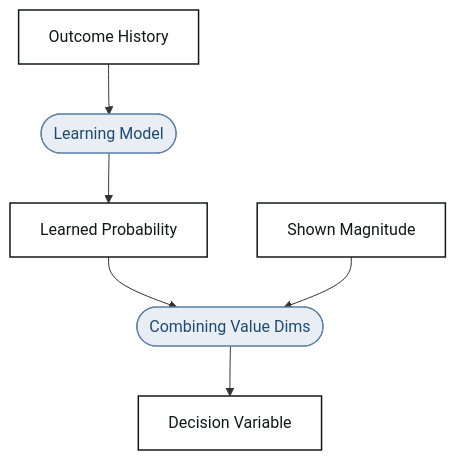
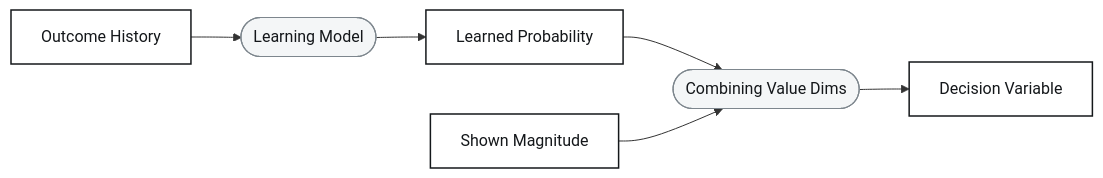
The diagram in docs/session1/diagrams/model.mmd (JanGrohn/ComputationalModelingBlockPractical), drawn with Mermaid before and after one commit. The commit also changed 32 other files, not shown here.

```diff
--- a/docs/session1/diagrams/model.mmd
+++ b/docs/session1/diagrams/model.mmd
@@ -1,15 +1,15 @@
 %% Boxes are the things the model holds; rounded tinted nodes are the
 %% operations that take you from one box to the next. Combining value
 %% dimensions is a single step that both the learned probability and the
 %% shown magnitude feed into.
-flowchart TD
+flowchart LR
   OH["Outcome History"] --> LM(["Learning Model"])
   LM --> LP["Learned Probability"]
   LP --> CV(["Combining Value Dims"])
   SM["Shown Magnitude"] --> CV
   CV --> DV["Decision Variable"]
 
   classDef state fill:#ffffff,stroke:#14171a,stroke-width:1.5px,color:#14171a;
-  classDef op fill:#e8eef4,stroke:#5b7fa6,stroke-width:1.2px,color:#1f4b73;
+  classDef op fill:#f4f6f7,stroke:#7d868d,stroke-width:1.2px,color:#14171a;
   class OH,LP,SM,DV state;
   class LM,CV op;
```
